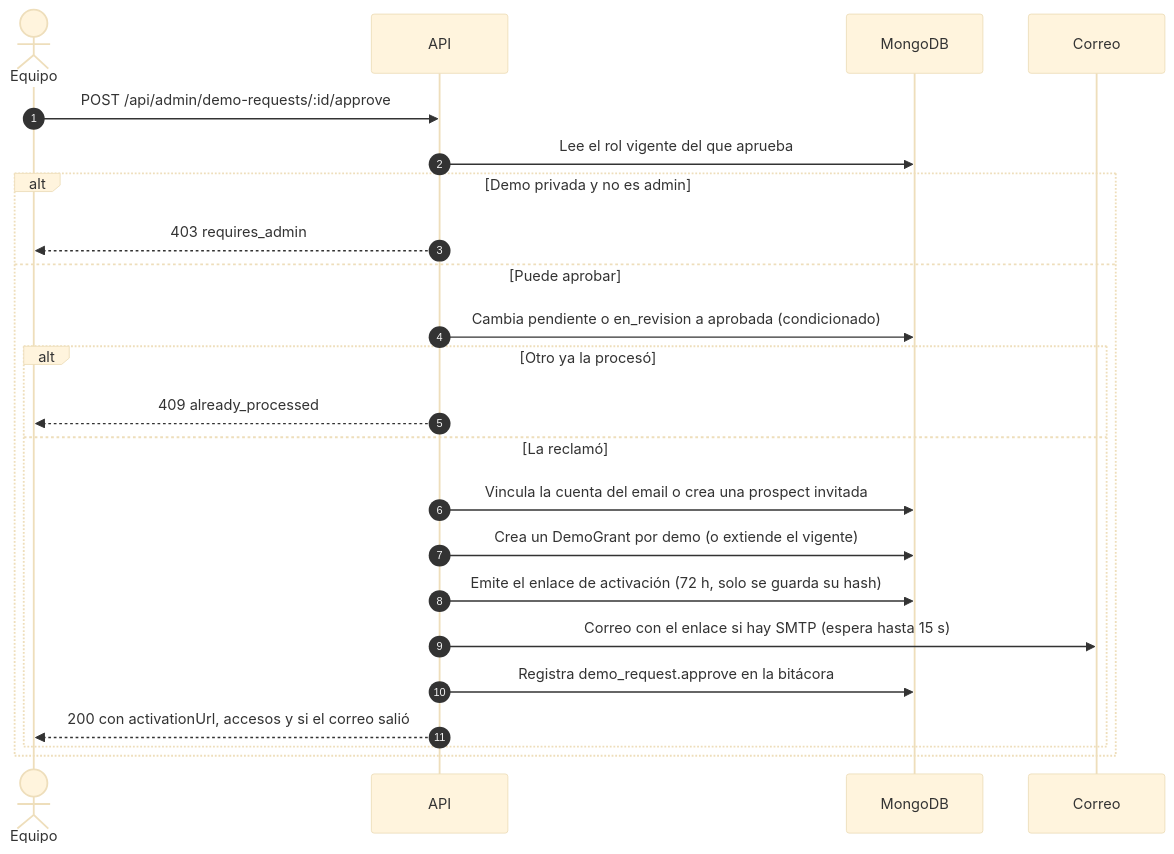
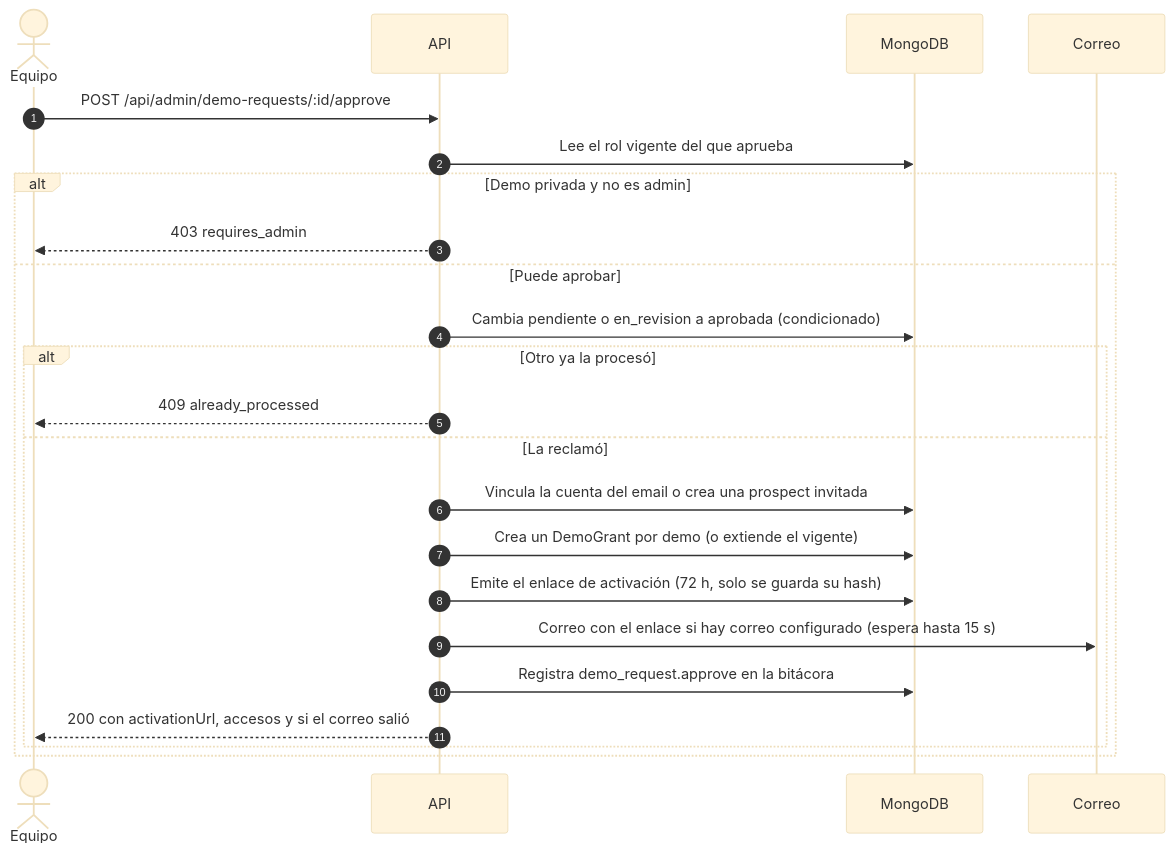
Before and after one commit to ronalc90/koptup: the fifth of 10 diagrams in docs/wiki/Doc-08-API.md, drawn with Mermaid (base theme). The commit also changed other lines of this file and 45 other files, not shown here.

````diff
--- a/docs/wiki/Doc-08-API.md
+++ b/docs/wiki/Doc-08-API.md
@@ -538,25 +594,25 @@
 ```mermaid
 sequenceDiagram
     autonumber
     actor E as Equipo
     participant A as API
     participant M as MongoDB
     participant S as Correo
     E->>A: POST /api/admin/demo-requests/:id/approve
     A->>M: Lee el rol vigente del que aprueba
     alt Demo privada y no es admin
         A-->>E: 403 requires_admin
     else Puede aprobar
         A->>M: Cambia pendiente o en_revision a aprobada (condicionado)
         alt Otro ya la procesó
             A-->>E: 409 already_processed
         else La reclamó
             A->>M: Vincula la cuenta del email o crea una prospect invitada
             A->>M: Crea un DemoGrant por demo (o extiende el vigente)
             A->>M: Emite el enlace de activación (72 h, solo se guarda su hash)
-            A->>S: Correo con el enlace si hay SMTP (espera hasta 15 s)
+            A->>S: Correo con el enlace si hay correo configurado (espera hasta 15 s)
             A->>M: Registra demo_request.approve en la bitácora
             A-->>E: 200 con activationUrl, accesos y si el correo salió
         end
     end
 ```
````
